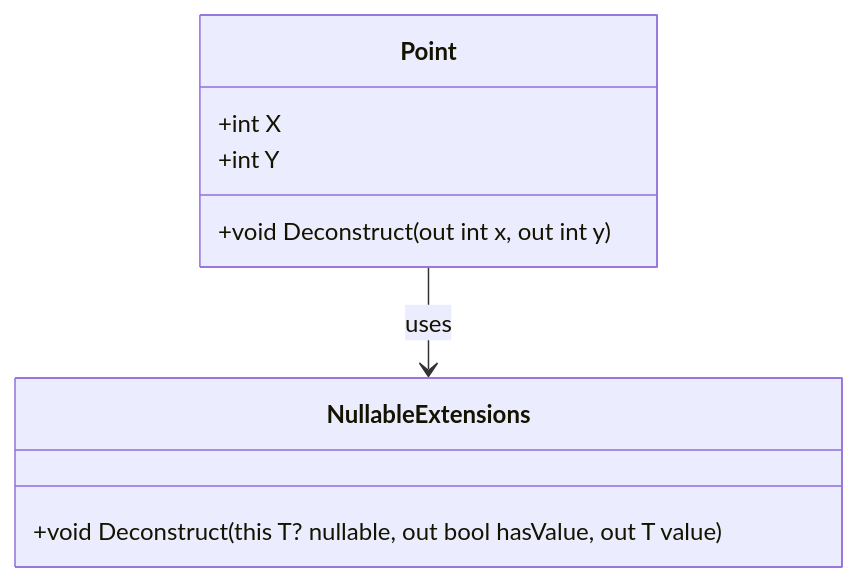
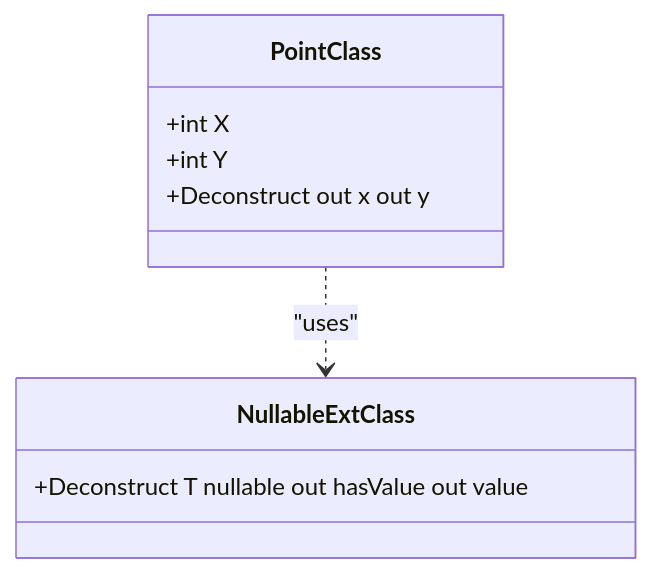
Before and after one commit to 42jerrykim/42jerrykim.github.io: the sixth of 11 diagrams in content/post/2024/2024-10-16-csharp-tuple/index.md, drawn with Mermaid. The commit also changed other lines of this file and 239 other files, not shown here.

````diff
--- a/content/post/2024/2024-10-16-csharp-tuple/index.md
+++ b/content/post/2024/2024-10-16-csharp-tuple/index.md
@@ -587,14 +494,12 @@
 ```mermaid
 classDiagram
-    class Point {
+    class PointClass {
         +int X
         +int Y
-        +void Deconstruct(out int x, out int y)
+        +Deconstruct out x out y
     }
-
-    class NullableExtensions {
-        +void Deconstruct<T>(this T? nullable, out bool hasValue, out T value)
+    class NullableExtClass {
+        +Deconstruct T nullable out hasValue out value
     }
-
-    Point --> NullableExtensions : uses
+    PointClass ..> NullableExtClass : "uses"
 ```
````
